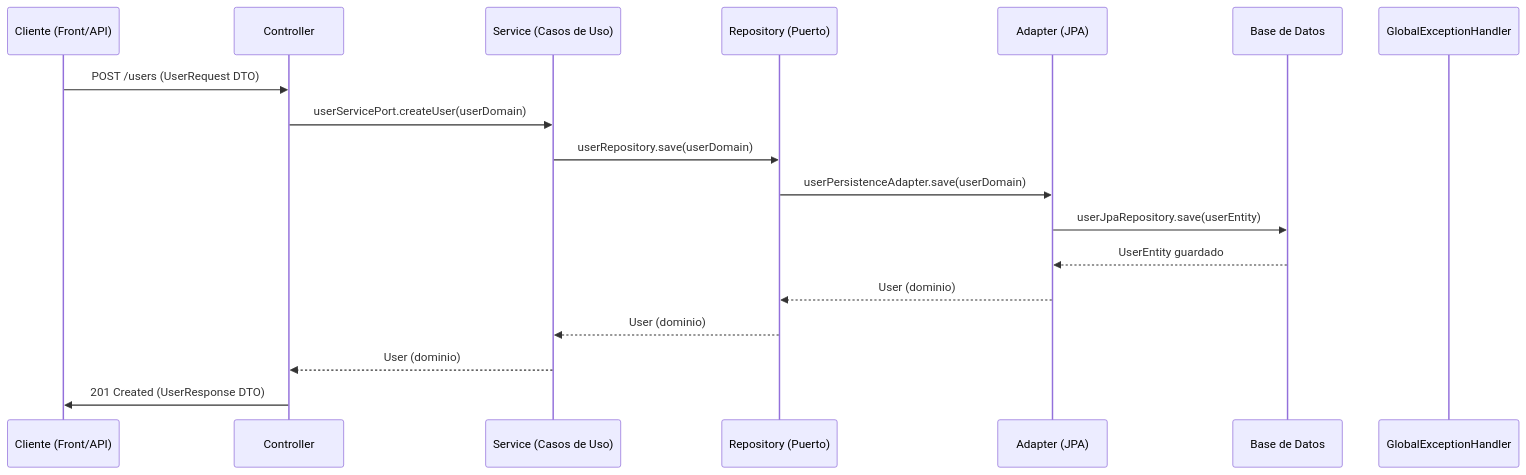
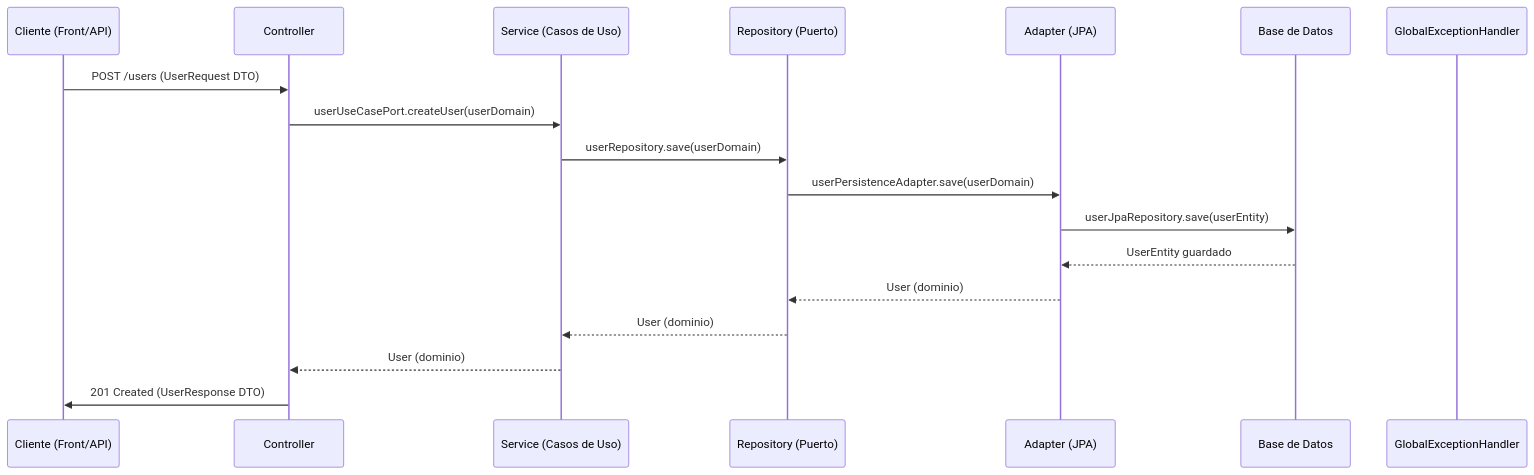
Before and after one commit to DRTX2/ecomerce: the diagram in Docs/flow-hexagonal_and_ddd.md, drawn with Mermaid. The commit also changed other lines of this file and 1 other file, not shown here.

````diff
--- a/Docs/flow-hexagonal_and_ddd.md
+++ b/Docs/flow-hexagonal_and_ddd.md
@@ -7,21 +7,21 @@
 ```mermaid
 sequenceDiagram
     participant Client as Cliente (Front/API)
     participant Controller as Controller
     participant Service as Service (Casos de Uso)
     participant Repository as Repository (Puerto)
     participant Adapter as Adapter (JPA)
     participant DB as Base de Datos
     participant ExceptionHandler as GlobalExceptionHandler
 
     Client->>Controller: POST /users (UserRequest DTO)
-    Controller->>Service: userServicePort.createUser(userDomain)
+    Controller->>Service: userUseCasePort.createUser(userDomain)
     Service->>Repository: userRepository.save(userDomain)
     Repository->>Adapter: userPersistenceAdapter.save(userDomain)
     Adapter->>DB: userJpaRepository.save(userEntity)
     DB-->>Adapter: UserEntity guardado
     Adapter-->>Repository: User (dominio)
     Repository-->>Service: User (dominio)
     Service-->>Controller: User (dominio)
     Controller->>Client: 201 Created (UserResponse DTO)
 ```
````
